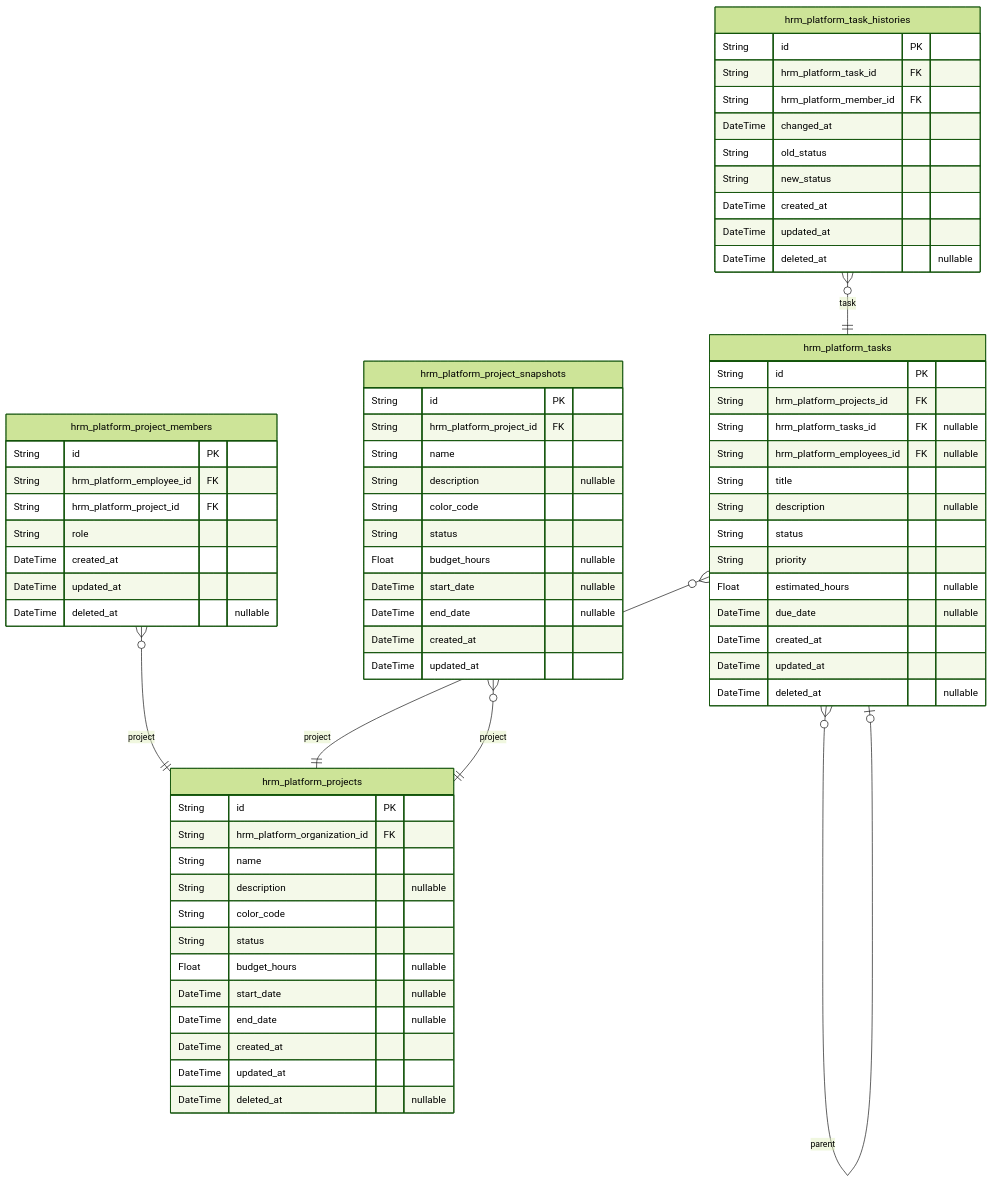
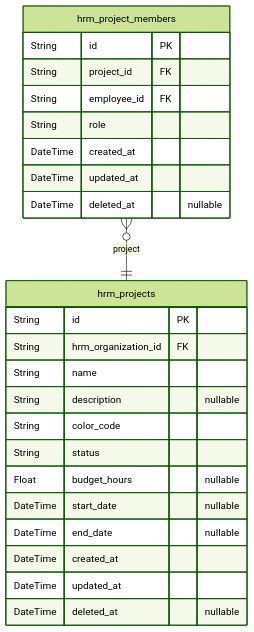
The sixth of 9 diagrams in qwen/qwen3.5-122b-a10b/erp/docs/ERD.md (wrtnlabs/autobe-examples), drawn with Mermaid (forest theme) before and after one commit. The commit also changed other lines of this file and 32093 other files, not shown here.

````diff
--- a/qwen/qwen3.5-122b-a10b/erp/docs/ERD.md
+++ b/qwen/qwen3.5-122b-a10b/erp/docs/ERD.md
@@ -614,70 +1459,27 @@
 ```mermaid
 erDiagram
-"hrm_platform_projects" {
+"hrm_projects" {
   String id PK
-  String hrm_platform_organization_id FK
+  String hrm_organization_id FK
   String name
   String description "nullable"
   String color_code
   String status
   Float budget_hours "nullable"
   DateTime start_date "nullable"
   DateTime end_date "nullable"
   DateTime created_at
   DateTime updated_at
   DateTime deleted_at "nullable"
 }
-"hrm_platform_project_members" {
+"hrm_project_members" {
   String id PK
-  String hrm_platform_employee_id FK
-  String hrm_platform_project_id FK
+  String project_id FK
+  String employee_id FK
   String role
   DateTime created_at
   DateTime updated_at
   DateTime deleted_at "nullable"
 }
-"hrm_platform_tasks" {
-  String id PK
-  String hrm_platform_projects_id FK
-  String hrm_platform_tasks_id FK "nullable"
-  String hrm_platform_employees_id FK "nullable"
-  String title
-  String description "nullable"
-  String status
-  String priority
-  Float estimated_hours "nullable"
-  DateTime due_date "nullable"
-  DateTime created_at
-  DateTime updated_at
-  DateTime deleted_at "nullable"
-}
-"hrm_platform_task_histories" {
-  String id PK
-  String hrm_platform_task_id FK
-  String hrm_platform_member_id FK
-  DateTime changed_at
-  String old_status
-  String new_status
-  DateTime created_at
-  DateTime updated_at
-  DateTime deleted_at "nullable"
-}
-"hrm_platform_project_snapshots" {
-  String id PK
-  String hrm_platform_project_id FK
-  String name
-  String description "nullable"
-  String color_code
-  String status
-  Float budget_hours "nullable"
-  DateTime start_date "nullable"
-  DateTime end_date "nullable"
-  DateTime created_at
-  DateTime updated_at
-}
-"hrm_platform_project_members" }o--|| "hrm_platform_projects" : project
-"hrm_platform_tasks" }o--|| "hrm_platform_projects" : project
-"hrm_platform_tasks" }o--o| "hrm_platform_tasks" : parent
-"hrm_platform_task_histories" }o--|| "hrm_platform_tasks" : task
-"hrm_platform_project_snapshots" }o--|| "hrm_platform_projects" : project
+"hrm_project_members" }o--|| "hrm_projects" : project
 ```
````
